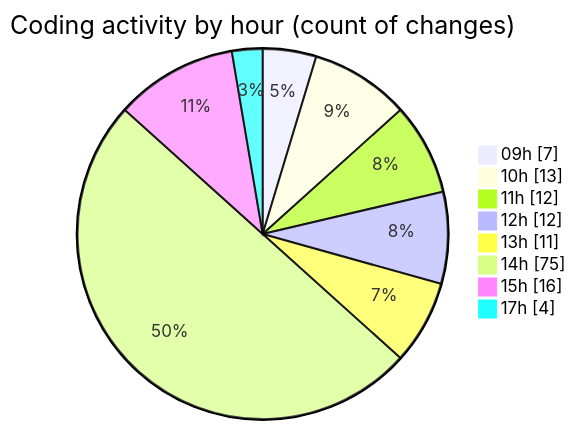
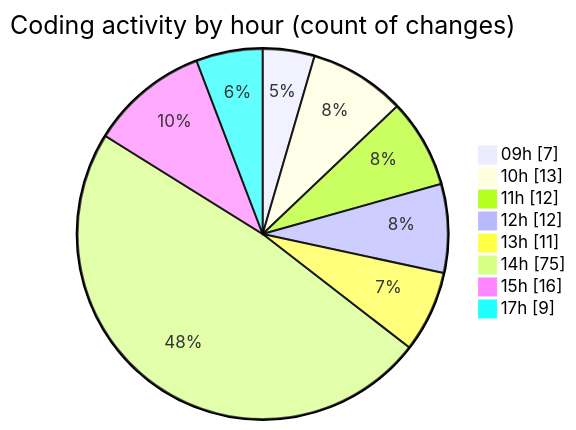
One commit to momahboobian/code-tracking changed the second of 2 diagrams in 2025-08-18/cda/README.md. Above: the diagram before and after it, drawn with Mermaid. The commit also changed other lines of this file and 1 other file, not shown here.

````diff
--- a/2025-08-18/cda/README.md
+++ b/2025-08-18/cda/README.md
@@ -51,12 +51,12 @@
 ```mermaid
 pie showData
 title Coding activity by hour (count of changes)
 "09h" : 7
 "10h" : 13
 "11h" : 12
 "12h" : 12
 "13h" : 11
 "14h" : 75
 "15h" : 16
-"17h" : 4
+"17h" : 9
 ```
````
